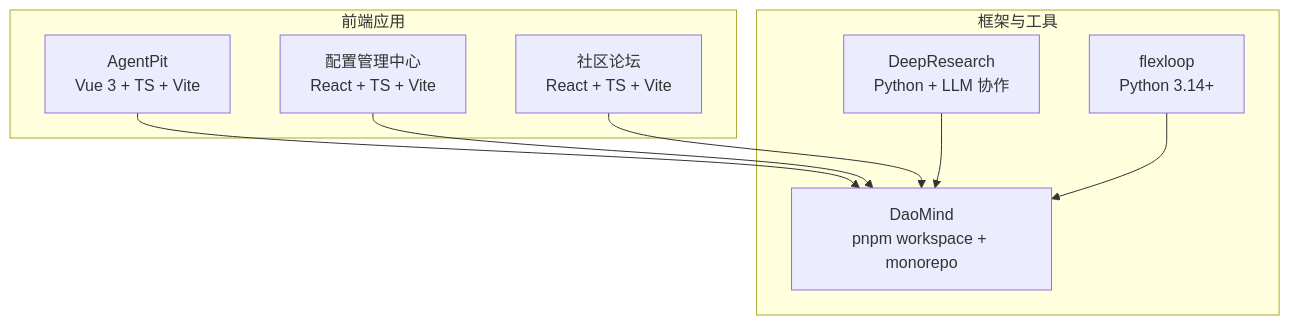
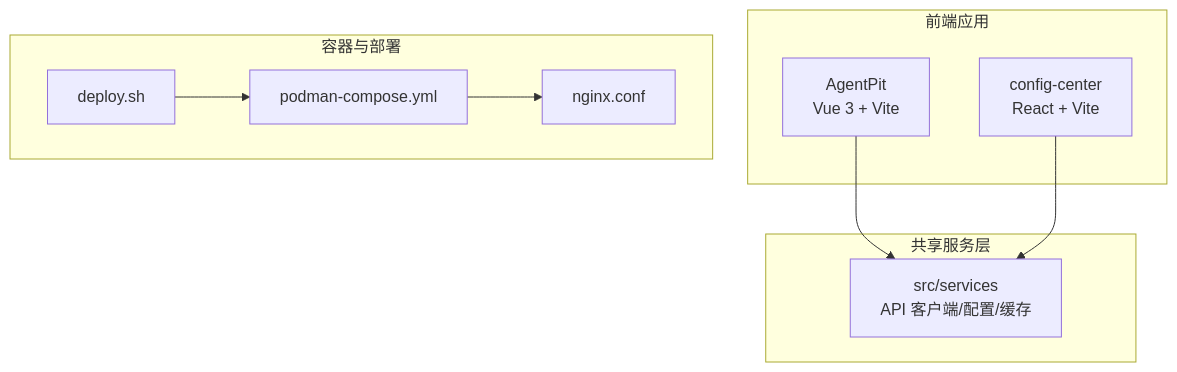
Before and after one commit to daoApps/daoApps: the first of 6 diagrams in .qoder/repowiki/zh/content/快速开始.md, drawn with Mermaid. The commit also changed other lines of this file and 274 other files, not shown here.

````diff
--- a/.qoder/repowiki/zh/content/快速开始.md
+++ b/.qoder/repowiki/zh/content/快速开始.md
@@ -47,18 +42,19 @@
 ```mermaid
 graph TB
 subgraph "前端应用"
-AP["AgentPit<br/>Vue 3 + TS + Vite"]
-CC["配置管理中心<br/>React + TS + Vite"]
-FOR["社区论坛<br/>React + TS + Vite"]
+AP["AgentPit<br/>Vue 3 + Vite"]
+CC["config-center<br/>React + Vite"]
 end
-subgraph "框架与工具"
-DM["DaoMind<br/>pnpm workspace + monorepo"]
-DR["DeepResearch<br/>Python + LLM 协作"]
-FL["flexloop<br/>Python 3.14+"]
+subgraph "共享服务层"
+SVC["src/services<br/>API 客户端/配置/缓存"]
 end
-AP --> DM
-CC --> DM
-FOR --> DM
-DR --> DM
-FL --> DM
+subgraph "容器与部署"
+PC["podman-compose.yml"]
+NG["nginx.conf"]
+DS["deploy.sh"]
+end
+AP --> SVC
+CC --> SVC
+PC --> NG
+DS --> PC
 ```
````
